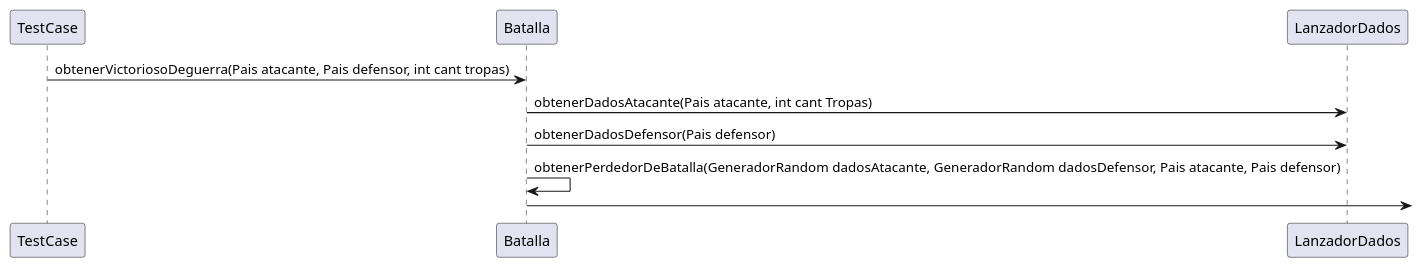
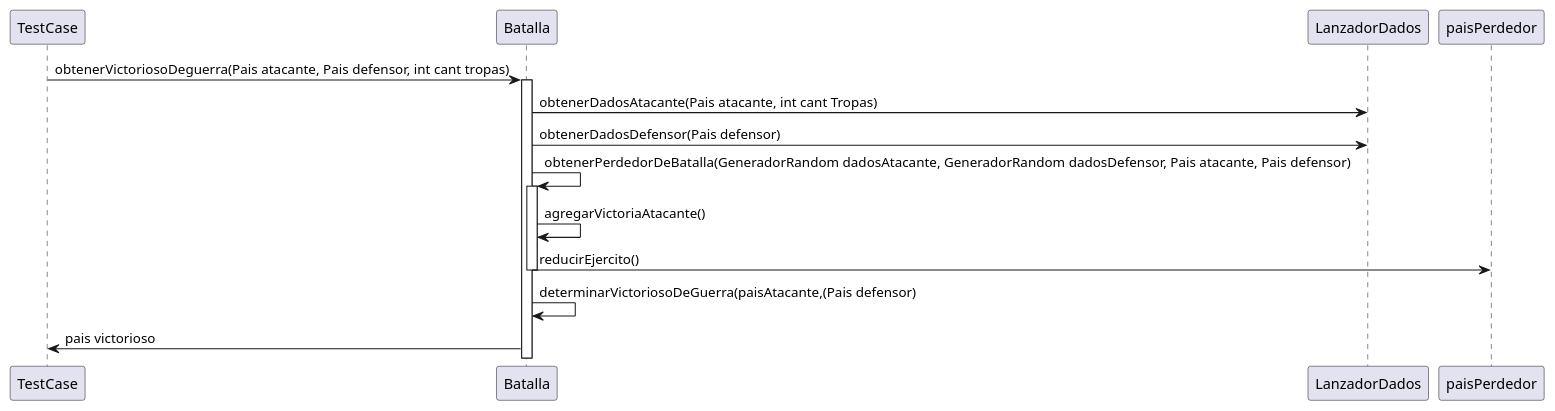
Before and after one commit to tomasshiao/TP2_Algo3: the diagram in diagramas/obtenerVictoriosoDeGuerra.plantuml, drawn with PlantUML.

Commit message:
cambios solo diagrama

```diff
--- a/diagramas/obtenerVictoriosoDeGuerra.plantuml
+++ b/diagramas/obtenerVictoriosoDeGuerra.plantuml
@@ -1,8 +1,14 @@
 @startuml
 TestCase->Batalla: obtenerVictoriosoDeguerra(Pais atacante, Pais defensor, int cant tropas)
+activate Batalla
 Batalla -> LanzadorDados: obtenerDadosAtacante(Pais atacante, int cant Tropas)
 Batalla -> LanzadorDados: obtenerDadosDefensor(Pais defensor)
+
 Batalla -> Batalla: obtenerPerdedorDeBatalla(GeneradorRandom dadosAtacante, GeneradorRandom dadosDefensor, Pais atacante, Pais defensor)
-Batalla ->
-
+activate Batalla
+Batalla -> Batalla: agregarVictoriaAtacante()
+Batalla-> paisPerdedor: reducirEjercito()
+deactivate Batalla
+Batalla->Batalla: determinarVictoriosoDeGuerra(paisAtacante,(Pais defensor)
+Batalla->TestCase: pais victorioso
 @enduml
```
